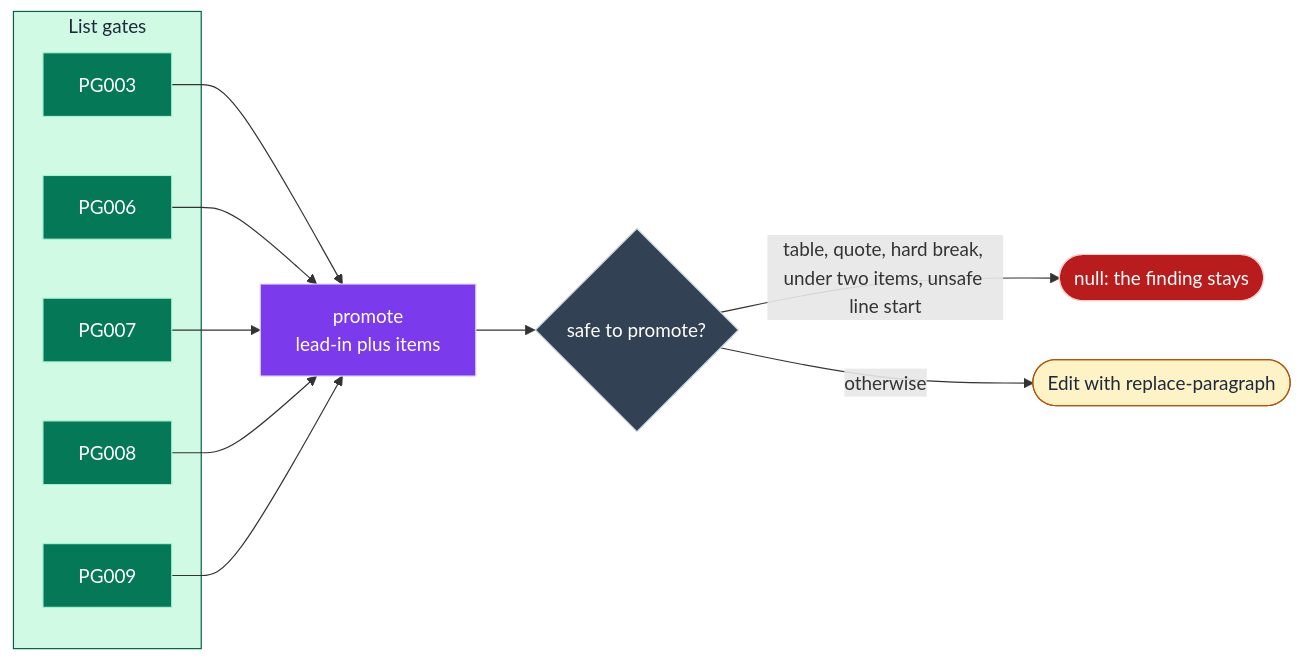
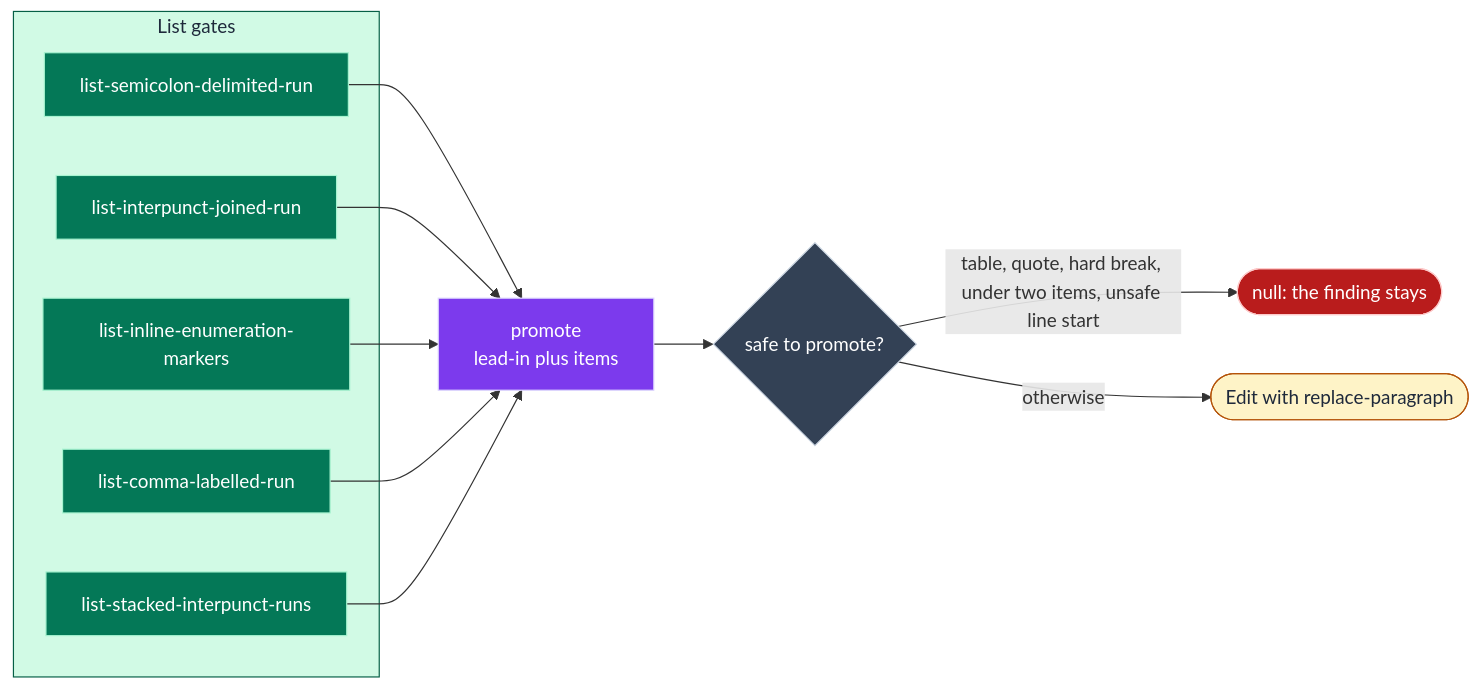
Before and after one commit to jpeakai/jpai-prose-gates: the eighth of 8 diagrams in docs/DATA_MODEL.md, drawn with Mermaid. The commit also changed other lines of this file and 67 other files, not shown here.

````diff
--- a/docs/DATA_MODEL.md
+++ b/docs/DATA_MODEL.md
@@ -411,31 +411,31 @@
 ```mermaid
 flowchart LR
     subgraph gates["List gates"]
-        G3["PG003"]:::gate
-        G6["PG006"]:::gate
-        G7["PG007"]:::gate
-        G8["PG008"]:::gate
-        G9["PG009"]:::gate
+        G3["list-semicolon-delimited-run"]:::gate
+        G6["list-interpunct-joined-run"]:::gate
+        G7["list-inline-enumeration-markers"]:::gate
+        G8["list-comma-labelled-run"]:::gate
+        G9["list-stacked-interpunct-runs"]:::gate
     end
     PROM["promote<br/>lead-in plus items"]:::build
     GUARD{"safe to promote?"}:::decide
     NULL(["null: the finding stays"]):::bad
     EDIT(["Edit with replace-paragraph"]):::ok
 
     G3 --> PROM
     G6 --> PROM
     G7 --> PROM
     G8 --> PROM
     G9 --> PROM
     PROM --> GUARD
     GUARD -- "table, quote, hard break, under two items, unsafe line start" --> NULL
     GUARD -- "otherwise" --> EDIT
 
     classDef gate   fill:#047857,stroke:#a7f3d0,color:#ffffff
     classDef build  fill:#7c3aed,stroke:#ddd6fe,color:#ffffff
     classDef decide fill:#334155,stroke:#cbd5e1,color:#ffffff
     classDef ok     fill:#fef3c7,stroke:#b45309,color:#1e293b
     classDef bad    fill:#b91c1c,stroke:#fecaca,color:#ffffff
 
     style gates fill:#d1fae5,stroke:#065f46,color:#1e293b
 ```
````
